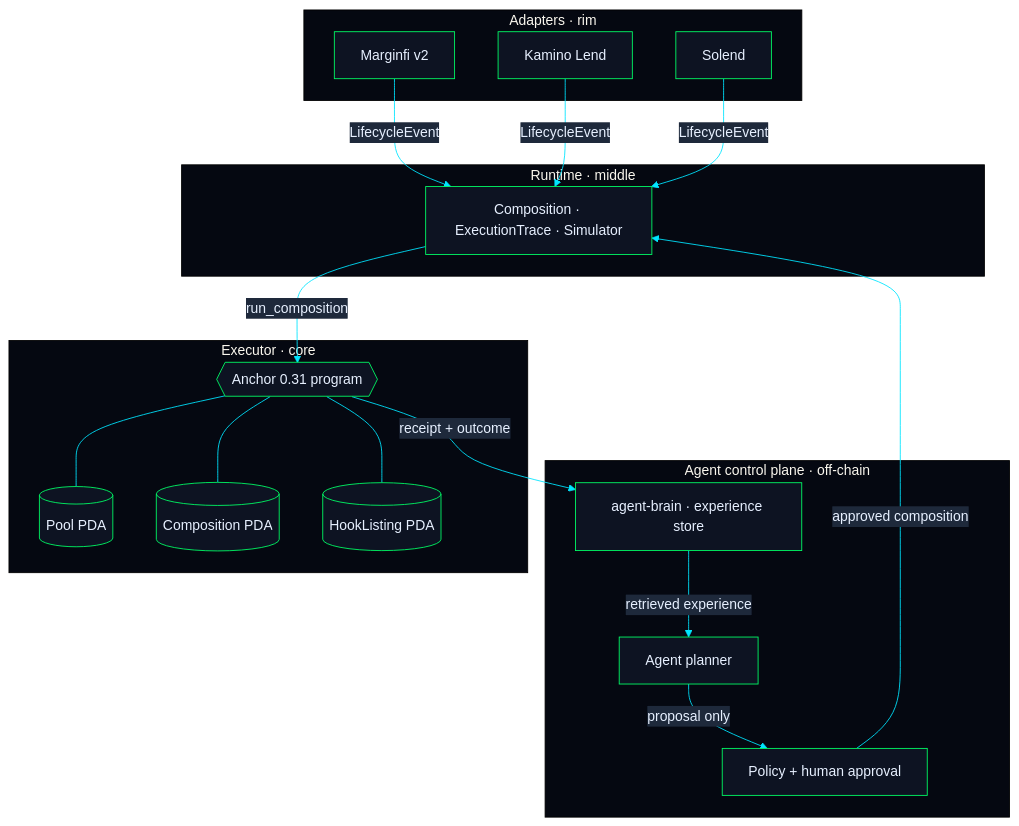
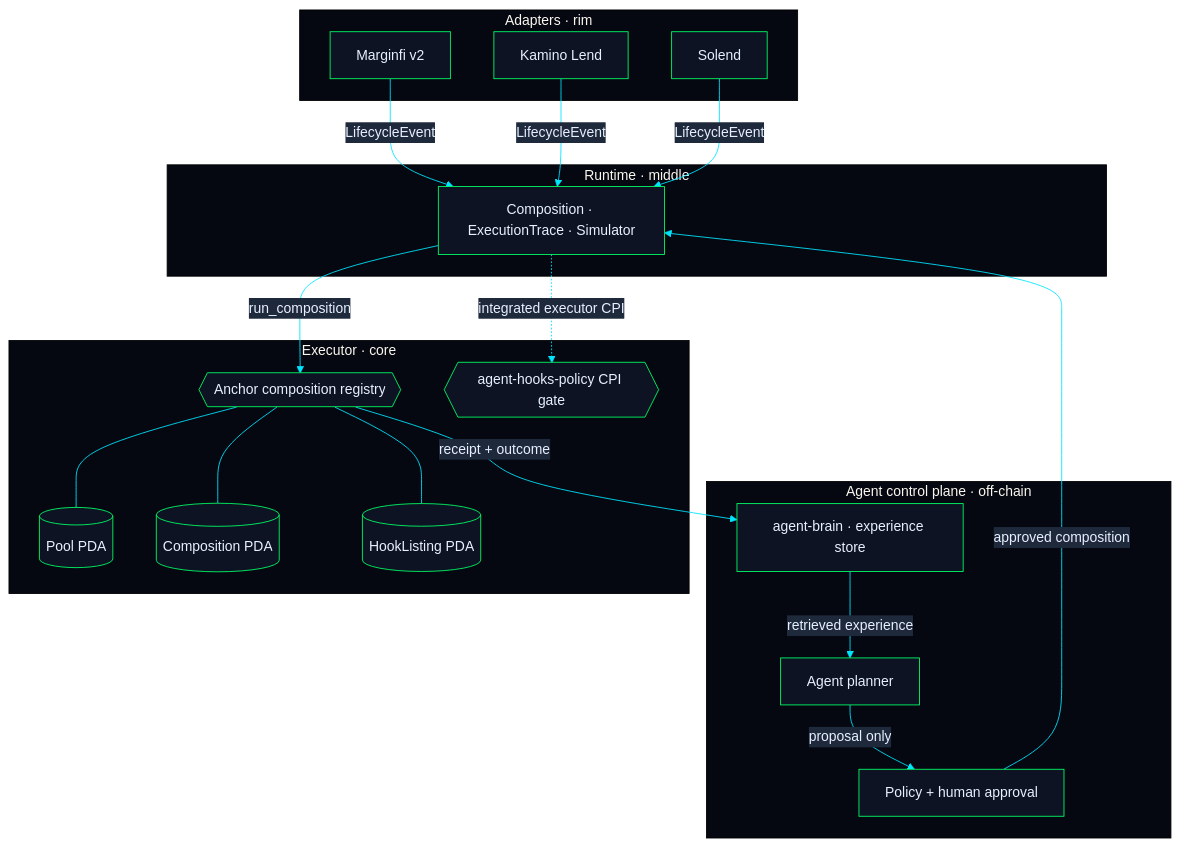
Before and after one commit to lewodro/agent-hooks: the diagram in docs/architecture.md, drawn with Mermaid. The commit also changed other lines of this file and 3 other files, not shown here.

Commit message:
docs(readme): explain Mind Hook architecture and project boundaries

````diff
--- a/docs/architecture.md
+++ b/docs/architecture.md
@@ -5,40 +5,42 @@
 ```mermaid
 %%{init: { "theme": "base", "themeVariables": {
   "primaryColor": "#0D1322",
   "primaryTextColor": "#E7F0FF",
   "primaryBorderColor": "#00FF66",
   "lineColor": "#00E5FF",
   "secondaryColor": "#1E293B",
   "tertiaryColor": "#050811",
   "fontFamily": "Space Mono, monospace"
 }} }%%
 flowchart TB
     subgraph rim [Adapters · rim]
       A1[Marginfi v2]
       A2[Kamino Lend]
       A3[Solend]
     end
     subgraph middle [Runtime · middle]
       RT[Composition · ExecutionTrace · Simulator]
     end
     subgraph core [Executor · core]
-      EX{{Anchor 0.31 program}}
+      EX{{Anchor composition registry}}
+      GATE{{agent-hooks-policy CPI gate}}
       PDA1[(Pool PDA)]
       PDA2[(Composition PDA)]
       PDA3[(HookListing PDA)]
     end
     subgraph control [Agent control plane · off-chain]
       BRAIN[agent-brain · experience store]
       AG[Agent planner]
       POLICY[Policy + human approval]
     end
     A1 & A2 & A3 -- LifecycleEvent --> RT
     RT -- run_composition --> EX
+    RT -. integrated executor CPI .-> GATE
     EX --- PDA1
     EX --- PDA2
     EX --- PDA3
     EX -- receipt + outcome --> BRAIN
     BRAIN -- retrieved experience --> AG
     AG -- proposal only --> POLICY
     POLICY -- approved composition --> RT
 ```
````
